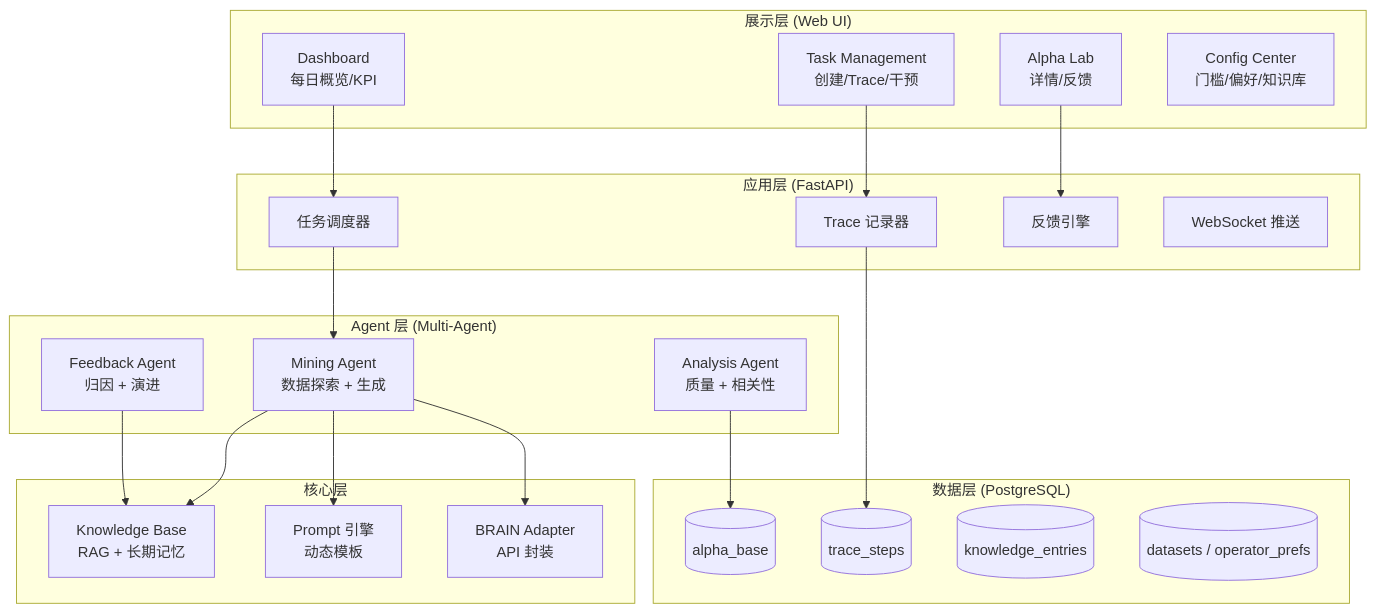
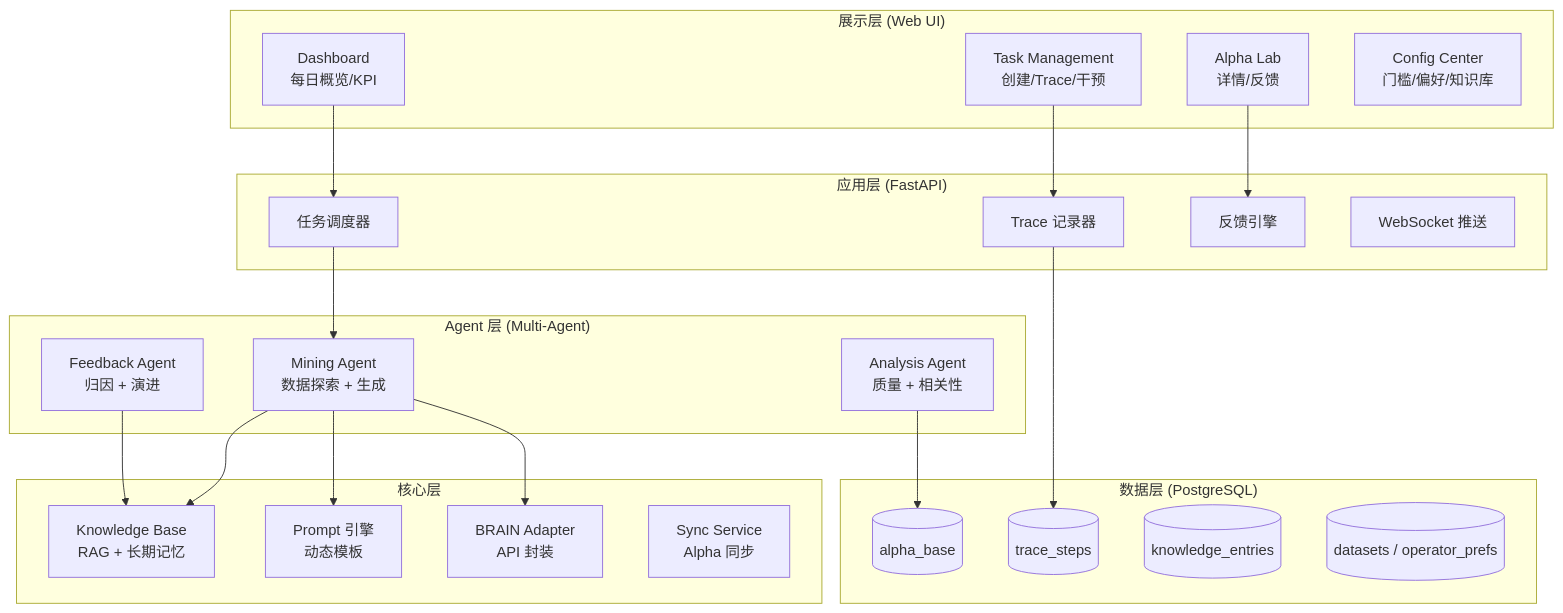
The first of 6 diagrams in data/详细设计说明文档.md (chengzhi43/worldquant-alpha-aiac), drawn with Mermaid before and after one commit. The commit also changed other lines of this file and 59 other files, not shown here.

````diff
--- a/data/详细设计说明文档.md
+++ b/data/详细设计说明文档.md
@@ -16,49 +16,50 @@
 ```mermaid
 graph TB
     subgraph Presentation["展示层 (Web UI)"]
         Dashboard["Dashboard<br/>每日概览/KPI"]
         TaskMgmt["Task Management<br/>创建/Trace/干预"]
         AlphaLab["Alpha Lab<br/>详情/反馈"]
         ConfigCenter["Config Center<br/>门槛/偏好/知识库"]
     end
 
     subgraph Application["应用层 (FastAPI)"]
         TaskScheduler["任务调度器"]
         TraceRecorder["Trace 记录器"]
         FeedbackEngine["反馈引擎"]
         WebSocket["WebSocket 推送"]
     end
 
     subgraph Agent["Agent 层 (Multi-Agent)"]
         MiningAgent["Mining Agent<br/>数据探索 + 生成"]
         AnalysisAgent["Analysis Agent<br/>质量 + 相关性"]
         FeedbackAgent["Feedback Agent<br/>归因 + 演进"]
     end
 
     subgraph Core["核心层"]
         KnowledgeBase["Knowledge Base<br/>RAG + 长期记忆"]
         PromptEngine["Prompt 引擎<br/>动态模板"]
         BrainAdapter["BRAIN Adapter<br/>API 封装"]
+        SyncService["Sync Service<br/>Alpha 同步"]
     end
 
     subgraph Data["数据层 (PostgreSQL)"]
         AlphaBase[("alpha_base")]
         TraceDB[("trace_steps")]
         KnowledgeDB[("knowledge_entries")]
         MetaDB[("datasets / operator_prefs")]
     end
 
     Dashboard --> TaskScheduler
     TaskMgmt --> TraceRecorder
     AlphaLab --> FeedbackEngine
 
     TaskScheduler --> MiningAgent
     MiningAgent --> KnowledgeBase
     MiningAgent --> PromptEngine
     MiningAgent --> BrainAdapter
 
     AnalysisAgent --> AlphaBase
     FeedbackAgent --> KnowledgeBase
 
     TraceRecorder --> TraceDB
 ```
````
